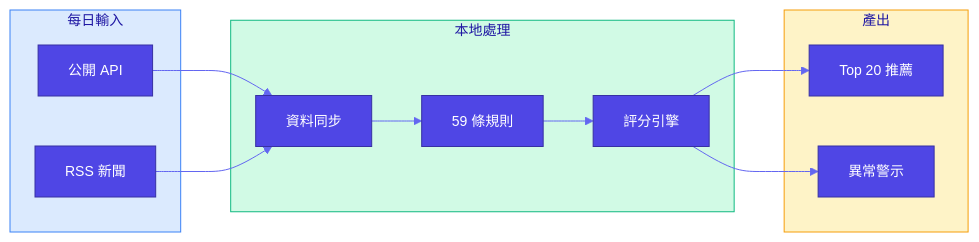
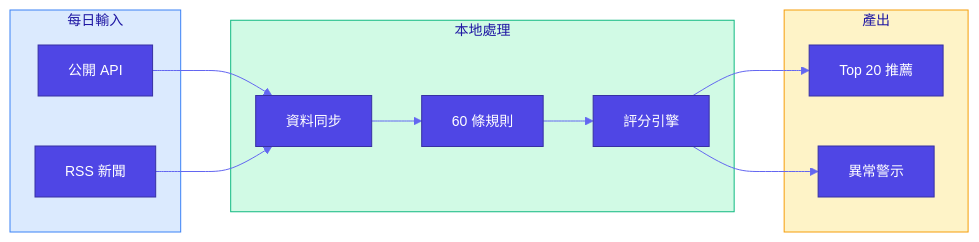
The first of 4 diagrams in CLAUDE.md (Neal75418/afterclose), drawn with Mermaid before and after one commit. The commit also changed other lines of this file and 53 other files, not shown here.

````diff
--- a/CLAUDE.md
+++ b/CLAUDE.md
@@ -11,28 +11,28 @@
 ```mermaid
 %%{init: {'theme': 'base', 'themeVariables': {'primaryColor': '#4F46E5', 'primaryTextColor': '#fff', 'primaryBorderColor': '#3730A3', 'lineColor': '#6366F1', 'fontSize': '14px'}}}%%
 flowchart LR
     subgraph Input["每日輸入"]
         API["公開 API"]
         RSS["RSS 新聞"]
     end
 
     subgraph Process["本地處理"]
         Sync["資料同步"]
-        Rules["59 條規則"]
+        Rules["60 條規則"]
         Score["評分引擎"]
     end
 
     subgraph Output["產出"]
         Top20["Top 20 推薦"]
         Alert["異常警示"]
     end
 
     API --> Sync
     RSS --> Sync
     Sync --> Rules --> Score --> Top20
     Score --> Alert
 
     style Input fill:#DBEAFE,stroke:#3B82F6
     style Process fill:#D1FAE5,stroke:#10B981
     style Output fill:#FEF3C7,stroke:#F59E0B
 ```
````
